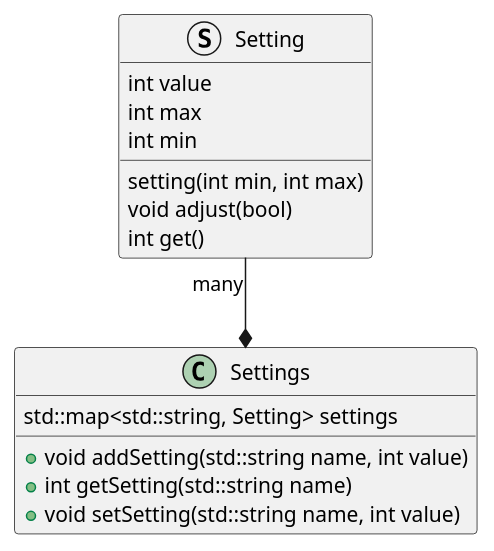
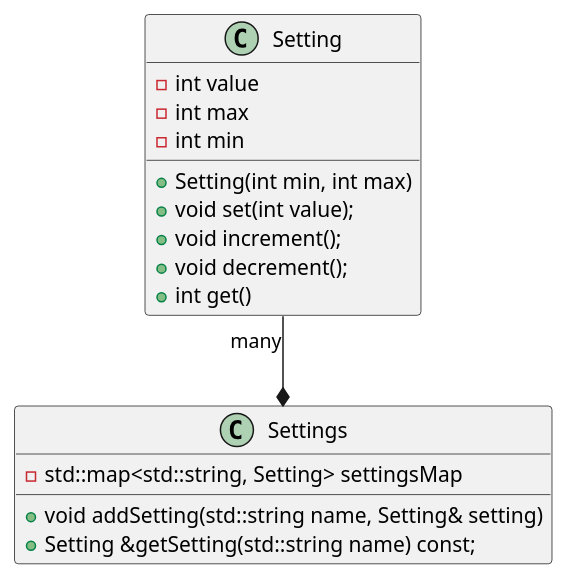
Before and after one commit to davidhudsont/Temperature_Logger_IDF: the diagram in docs/settings.plantuml, drawn with PlantUML. The commit also changed 2 other files, not shown here.

Commit message:
Add Settings class

```diff
--- a/docs/settings.plantuml
+++ b/docs/settings.plantuml
@@ -1,23 +1,24 @@
 @startuml settings
 
-struct Setting {
-    setting(int min, int max)
-    void adjust(bool)
-    int get()
-    int value
-    int max
-    int min
+class Setting {
+    +Setting(int min, int max)
+    +void set(int value);
+    +void increment();
+    +void decrement();
+    +int get()
+    -int value
+    -int max
+    -int min
 }
 
 class Settings {
-    +void addSetting(std::string name, int value)
-    +int getSetting(std::string name)
-    +void setSetting(std::string name, int value)
-    std::map<std::string, Setting> settings
+    +void addSetting(std::string name, Setting& setting)
+    +Setting &getSetting(std::string name) const;
+    -std::map<std::string, Setting> settingsMap
 }
 
 
 Setting "many" --* Settings
 
 
 @enduml
```
